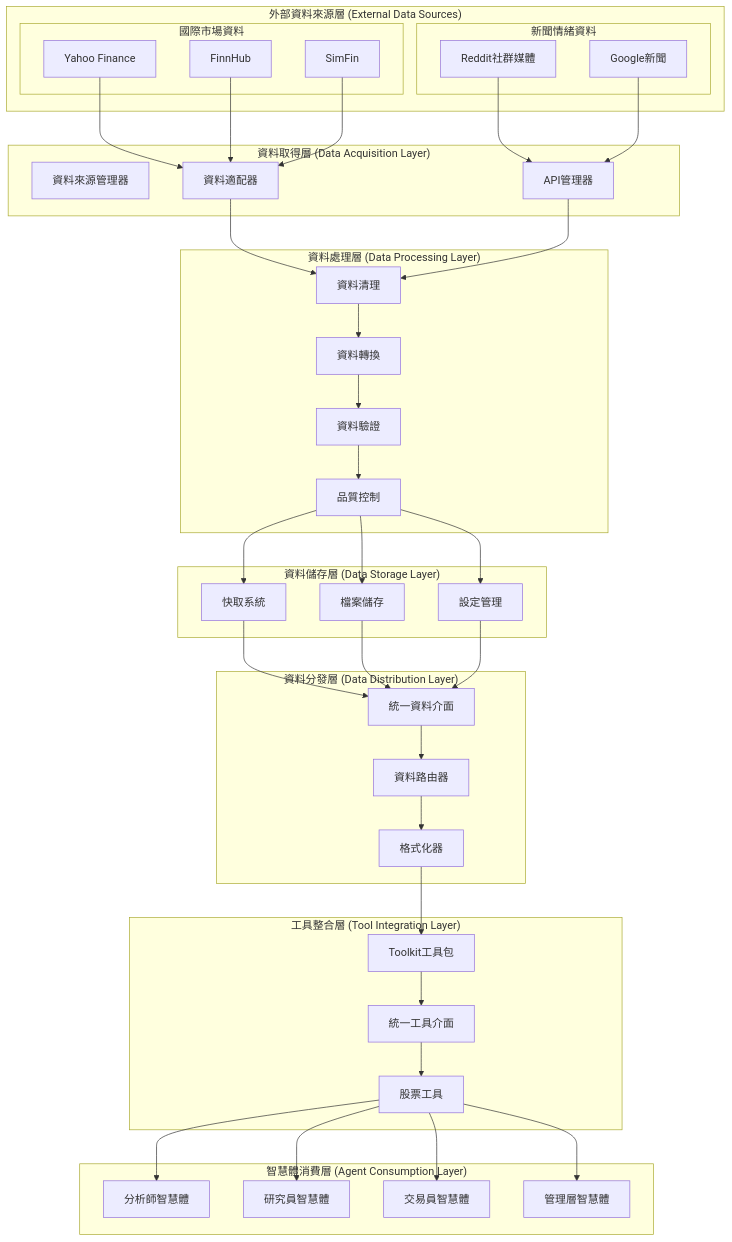
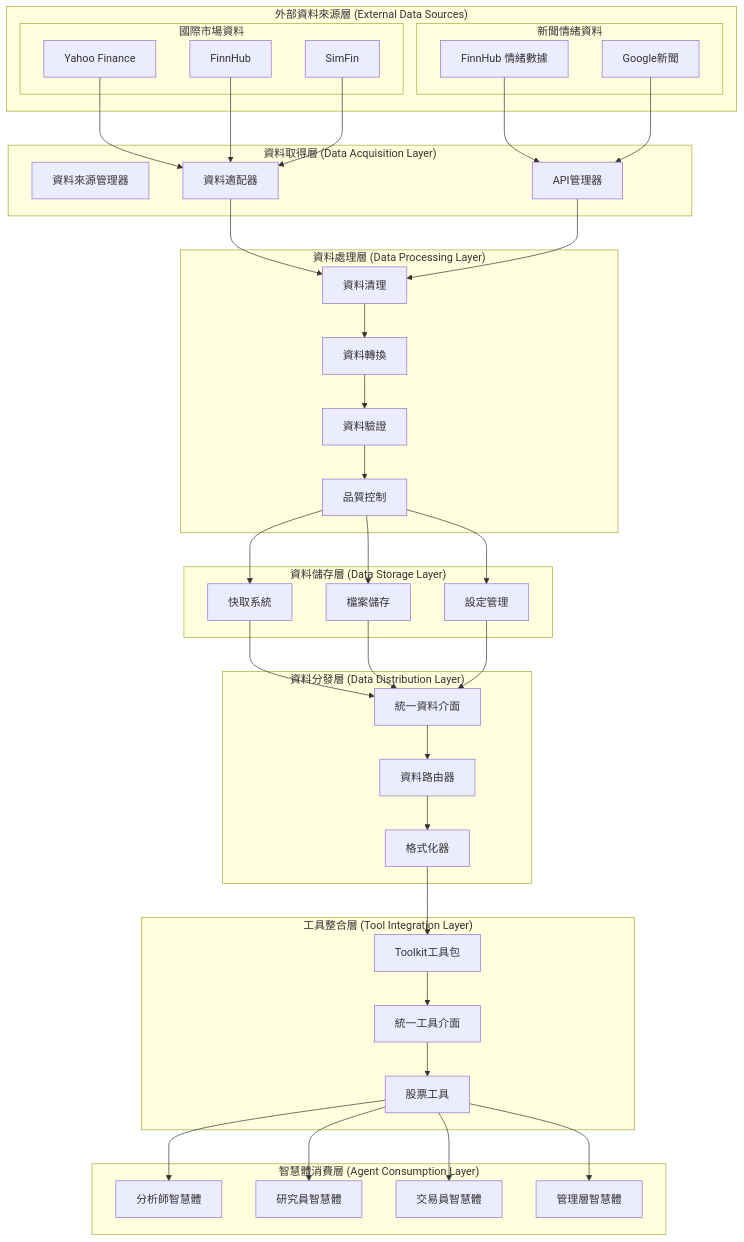
Before and after one commit to aiinpocket/TradingAgents-CN: the first of 2 diagrams in docs/architecture/v0.1.13/data-flow-architecture.md, drawn with Mermaid. The commit also changed other lines of this file and 30 other files, not shown here.

First line of the commit message:
docs: 全面清理 Reddit/Google/Gemini 引用，統一為 FinnHub + OpenAI/Anthropic

```diff
--- a/docs/architecture/v0.1.13/data-flow-architecture.md
+++ b/docs/architecture/v0.1.13/data-flow-architecture.md
@@ -18,7 +18,7 @@
         end
 
         subgraph "新聞情緒資料"
-            REDDIT[Reddit社群媒體]
+            FINNHUB_SENT[FinnHub 情緒數據]
             GOOGLENEWS[Google新聞]
         end
     end
@@ -65,7 +65,7 @@
     YFINANCE --> ADAPTERS
     FINNHUB --> ADAPTERS
     SIMFIN --> ADAPTERS
-    REDDIT --> API_MGR
+    FINNHUB_SENT --> API_MGR
     GOOGLENEWS --> API_MGR
 
     ADAPTERS --> CLEANER
```
